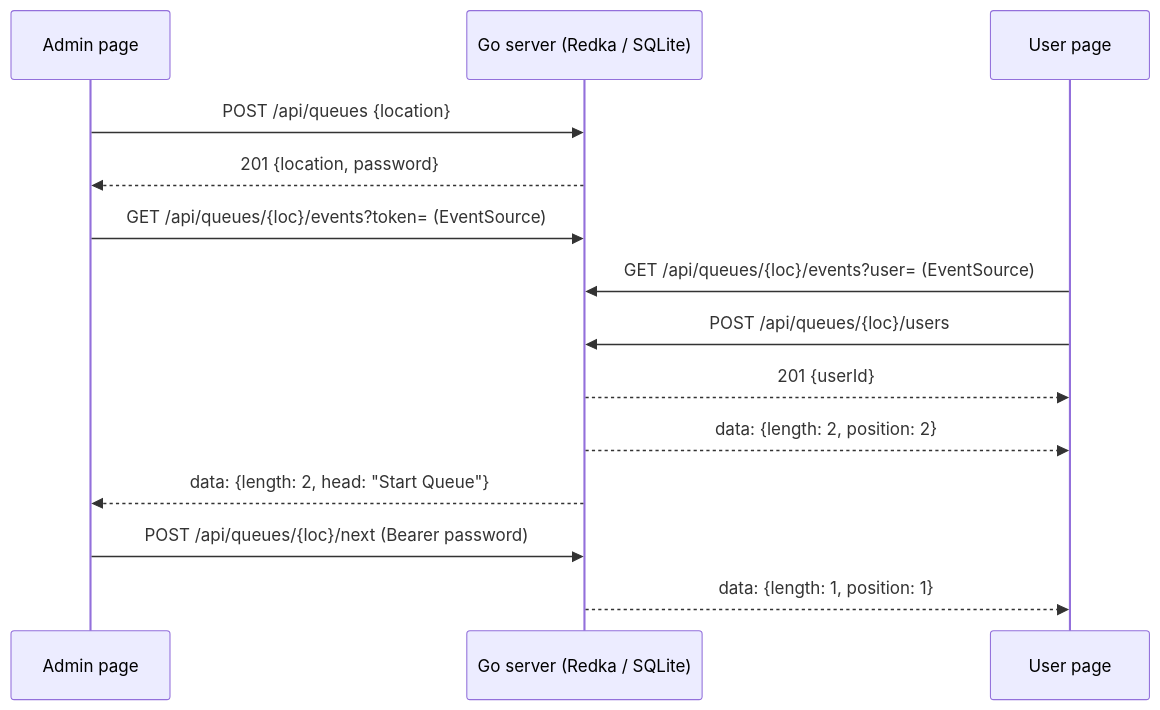
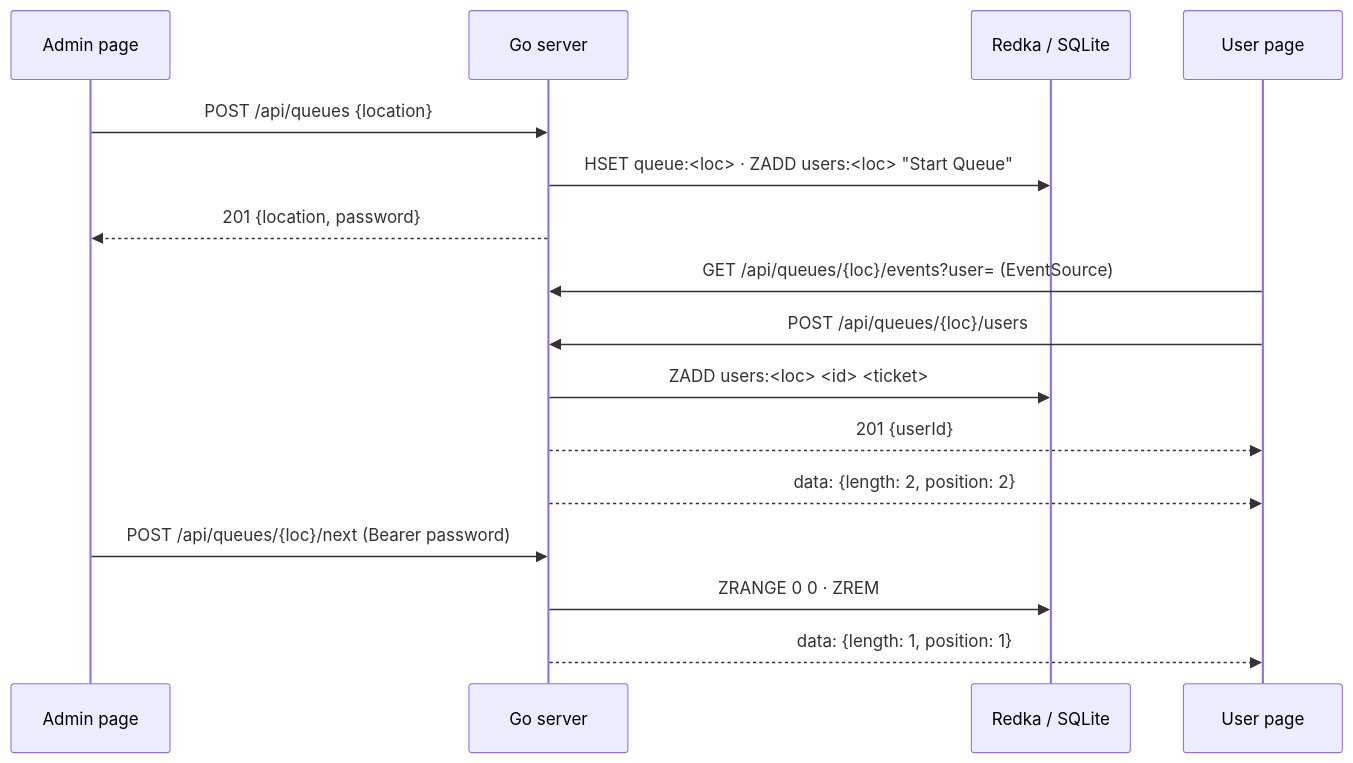
The diagram in README.md (barakplasma/in-person-queue), drawn with Mermaid before and after one commit. The commit also changed other lines of this file and 12 other files, not shown here.

````diff
--- a/README.md
+++ b/README.md
@@ -135,16 +87,18 @@
 ```mermaid
 sequenceDiagram
   participant A as Admin page
-  participant S as Go server (Redka / SQLite)
+  participant S as Go server
+  participant D as Redka / SQLite
   participant U as User page
   A->>S: POST /api/queues {location}
+  S->>D: HSET queue:<loc> · ZADD users:<loc> "Start Queue"
   S-->>A: 201 {location, password}
-  A->>S: GET /api/queues/{loc}/events?token= (EventSource)
   U->>S: GET /api/queues/{loc}/events?user= (EventSource)
   U->>S: POST /api/queues/{loc}/users
+  S->>D: ZADD users:<loc> <id> <ticket>
   S-->>U: 201 {userId}
   S-->>U: data: {length: 2, position: 2}
-  S-->>A: data: {length: 2, head: "Start Queue"}
   A->>S: POST /api/queues/{loc}/next (Bearer password)
+  S->>D: ZRANGE 0 0 · ZREM
   S-->>U: data: {length: 1, position: 1}
 ```
````
